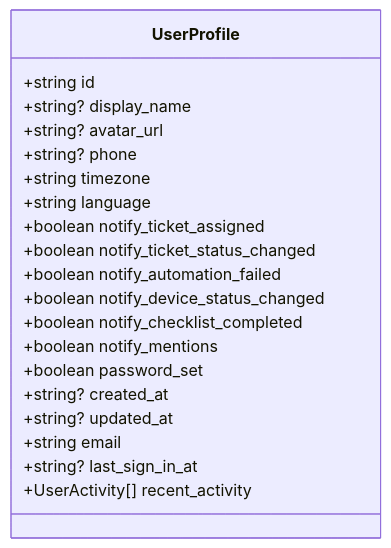
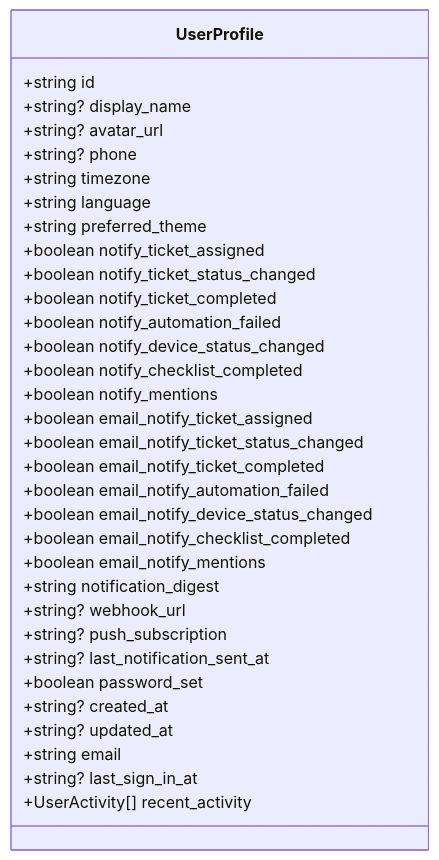
The fourth of 6 diagrams in .qoder/repowiki/en/content/Real-time Features/Notification System/Notification Preferences.md (gastaldellomarco/pcReady), drawn with Mermaid before and after one commit. The commit also changed other lines of this file and 8 other files, not shown here.

````diff
--- a/.qoder/repowiki/en/content/Real-time Features/Notification System/Notification Preferences.md
+++ b/.qoder/repowiki/en/content/Real-time Features/Notification System/Notification Preferences.md
@@ -200,23 +225,36 @@
 ```mermaid
 classDiagram
 class UserProfile {
 +string id
 +string? display_name
 +string? avatar_url
 +string? phone
 +string timezone
 +string language
++string preferred_theme
 +boolean notify_ticket_assigned
 +boolean notify_ticket_status_changed
++boolean notify_ticket_completed
 +boolean notify_automation_failed
 +boolean notify_device_status_changed
 +boolean notify_checklist_completed
 +boolean notify_mentions
++boolean email_notify_ticket_assigned
++boolean email_notify_ticket_status_changed
++boolean email_notify_ticket_completed
++boolean email_notify_automation_failed
++boolean email_notify_device_status_changed
++boolean email_notify_checklist_completed
++boolean email_notify_mentions
++string notification_digest
++string? webhook_url
++string? push_subscription
++string? last_notification_sent_at
 +boolean password_set
 +string? created_at
 +string? updated_at
 +string email
 +string? last_sign_in_at
 +UserActivity[] recent_activity
 }
 ```
````
